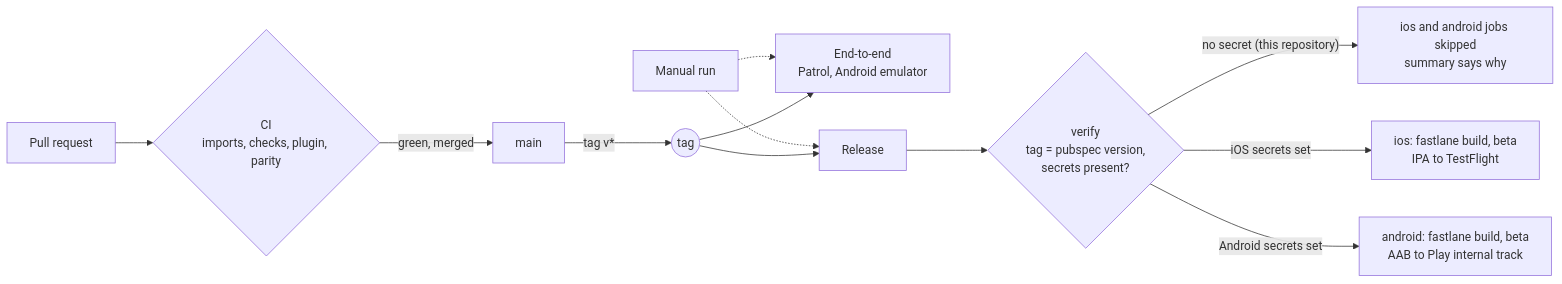
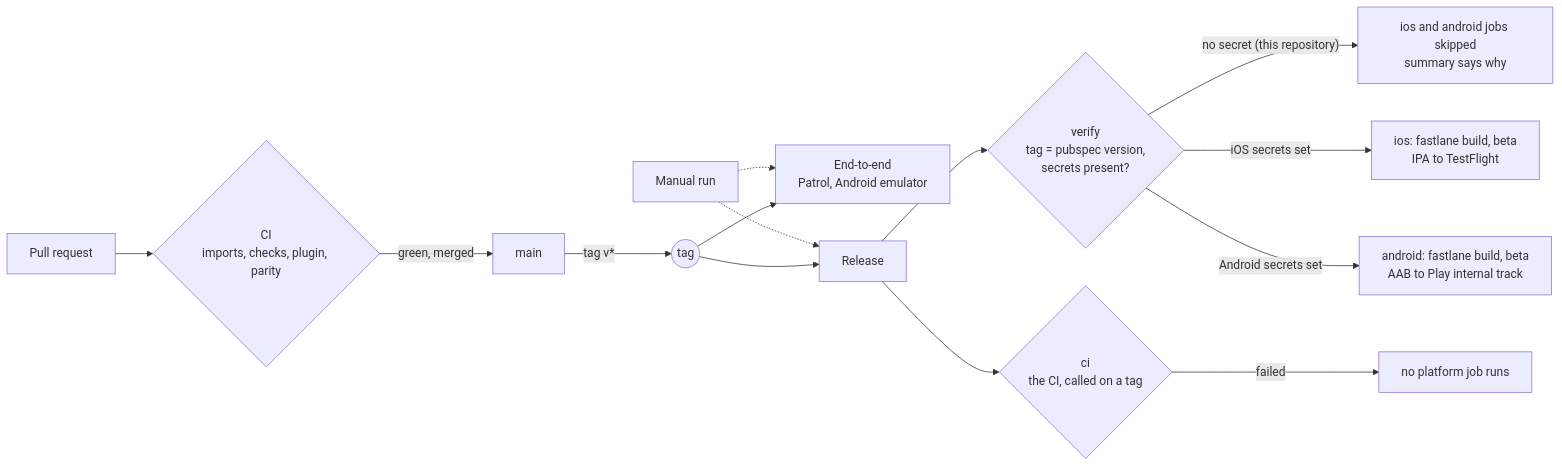
Before and after one commit to Rileyjrjohns/boardroom-flutter: the diagram in docs/ci-cd.md, drawn with Mermaid. The commit also changed other lines of this file and 1 other file, not shown here.

Commit message:
docs: describe the CI that the release runs on a tag

````diff
--- a/docs/ci-cd.md
+++ b/docs/ci-cd.md
@@ -5,14 +5,16 @@
 ```mermaid
 flowchart LR
   PR["Pull request"] --> CI{"CI<br/>imports, checks, plugin, parity"}
   CI -->|"green, merged"| MAIN["main"]
   MAIN -->|"tag v*"| TAG(("tag"))
   MANUAL["Manual run"] -.-> E2E
   MANUAL -.-> REL
   TAG --> E2E["End-to-end<br/>Patrol, Android emulator"]
   TAG --> REL["Release"]
   REL --> V{"verify<br/>tag = pubspec version,<br/>secrets present?"}
+  REL --> RCI{"ci<br/>the CI, called on a tag"}
+  RCI -->|"failed"| STOP["no platform job runs"]
   V -->|"no secret (this repository)"| SKIP["ios and android jobs skipped<br/>summary says why"]
   V -->|"iOS secrets set"| IOS["ios: fastlane build, beta<br/>IPA to TestFlight"]
   V -->|"Android secrets set"| AND["android: fastlane build, beta<br/>AAB to Play internal track"]
 ```
````
